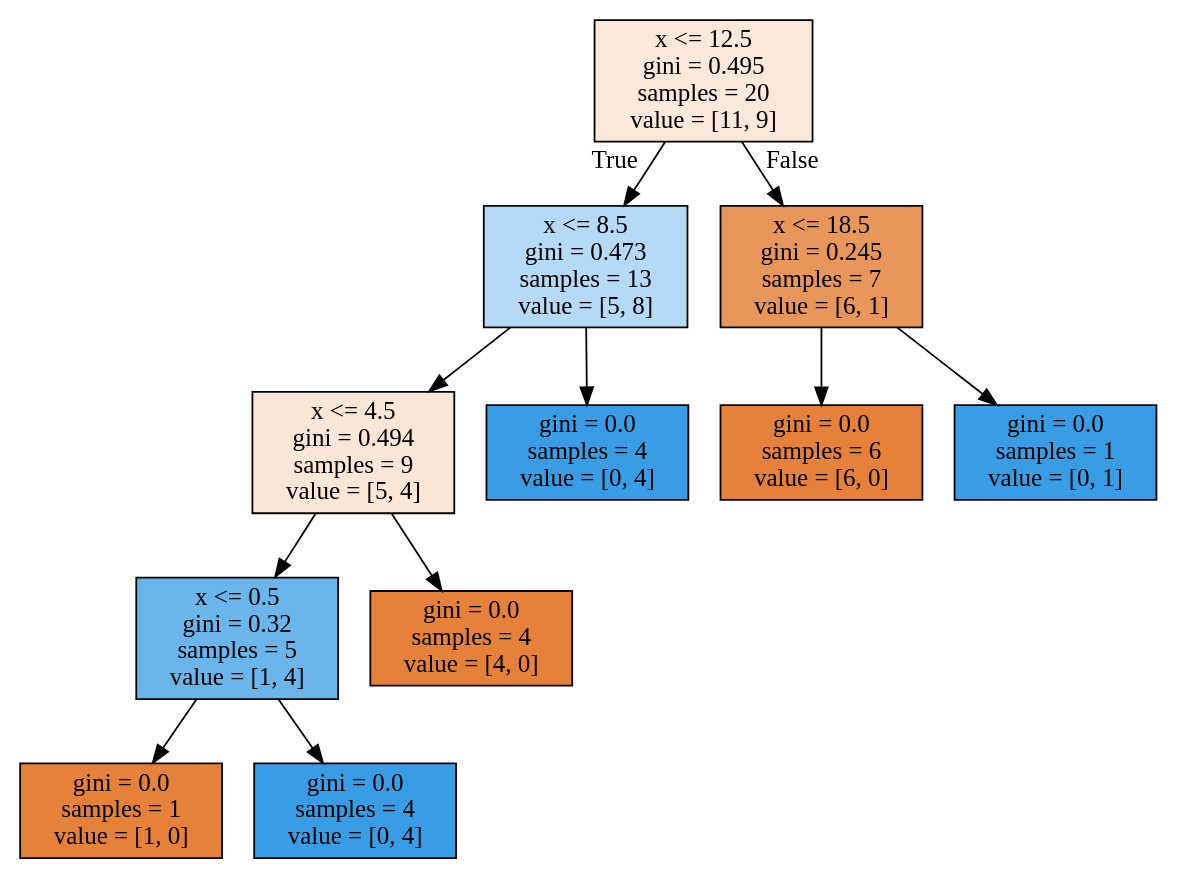
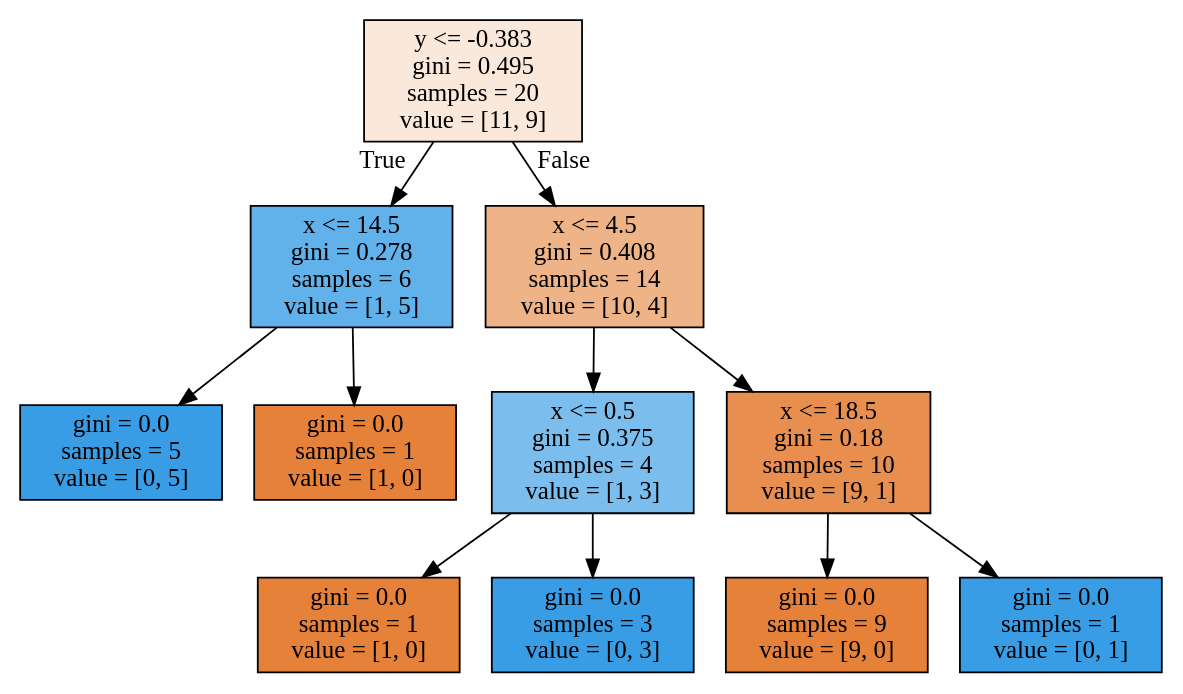
The diagram in lecture03/sktree2.dot (SergeevMaxim/HW_ML_2021), drawn with Graphviz before and after one commit. The commit also changed 2 other files, not shown here.

```diff
--- a/lecture03/sktree2.dot
+++ b/lecture03/sktree2.dot
@@ -1,24 +1,24 @@
 digraph Tree {
 node [shape=box, style="filled", color="black"] ;
-0 [label="x <= 12.5\ngini = 0.495\nsamples = 20\nvalue = [11, 9]", fillcolor="#fae8db"] ;
-1 [label="x <= 8.5\ngini = 0.473\nsamples = 13\nvalue = [5, 8]", fillcolor="#b5daf5"] ;
+0 [label="y <= -0.383\ngini = 0.495\nsamples = 20\nvalue = [11, 9]", fillcolor="#fae8db"] ;
+1 [label="x <= 14.5\ngini = 0.278\nsamples = 6\nvalue = [1, 5]", fillcolor="#61b1ea"] ;
 0 -> 1 [labeldistance=2.5, labelangle=45, headlabel="True"] ;
-2 [label="x <= 4.5\ngini = 0.494\nsamples = 9\nvalue = [5, 4]", fillcolor="#fae6d7"] ;
+2 [label="gini = 0.0\nsamples = 5\nvalue = [0, 5]", fillcolor="#399de5"] ;
 1 -> 2 ;
-3 [label="x <= 0.5\ngini = 0.32\nsamples = 5\nvalue = [1, 4]", fillcolor="#6ab6ec"] ;
-2 -> 3 ;
-4 [label="gini = 0.0\nsamples = 1\nvalue = [1, 0]", fillcolor="#e58139"] ;
-3 -> 4 ;
-5 [label="gini = 0.0\nsamples = 4\nvalue = [0, 4]", fillcolor="#399de5"] ;
-3 -> 5 ;
-6 [label="gini = 0.0\nsamples = 4\nvalue = [4, 0]", fillcolor="#e58139"] ;
-2 -> 6 ;
-7 [label="gini = 0.0\nsamples = 4\nvalue = [0, 4]", fillcolor="#399de5"] ;
-1 -> 7 ;
-8 [label="x <= 18.5\ngini = 0.245\nsamples = 7\nvalue = [6, 1]", fillcolor="#e9965a"] ;
-0 -> 8 [labeldistance=2.5, labelangle=-45, headlabel="False"] ;
-9 [label="gini = 0.0\nsamples = 6\nvalue = [6, 0]", fillcolor="#e58139"] ;
+3 [label="gini = 0.0\nsamples = 1\nvalue = [1, 0]", fillcolor="#e58139"] ;
+1 -> 3 ;
+4 [label="x <= 4.5\ngini = 0.408\nsamples = 14\nvalue = [10, 4]", fillcolor="#efb388"] ;
+0 -> 4 [labeldistance=2.5, labelangle=-45, headlabel="False"] ;
+5 [label="x <= 0.5\ngini = 0.375\nsamples = 4\nvalue = [1, 3]", fillcolor="#7bbeee"] ;
+4 -> 5 ;
+6 [label="gini = 0.0\nsamples = 1\nvalue = [1, 0]", fillcolor="#e58139"] ;
+5 -> 6 ;
+7 [label="gini = 0.0\nsamples = 3\nvalue = [0, 3]", fillcolor="#399de5"] ;
+5 -> 7 ;
+8 [label="x <= 18.5\ngini = 0.18\nsamples = 10\nvalue = [9, 1]", fillcolor="#e88f4f"] ;
+4 -> 8 ;
+9 [label="gini = 0.0\nsamples = 9\nvalue = [9, 0]", fillcolor="#e58139"] ;
 8 -> 9 ;
 10 [label="gini = 0.0\nsamples = 1\nvalue = [0, 1]", fillcolor="#399de5"] ;
 8 -> 10 ;
 }
```
